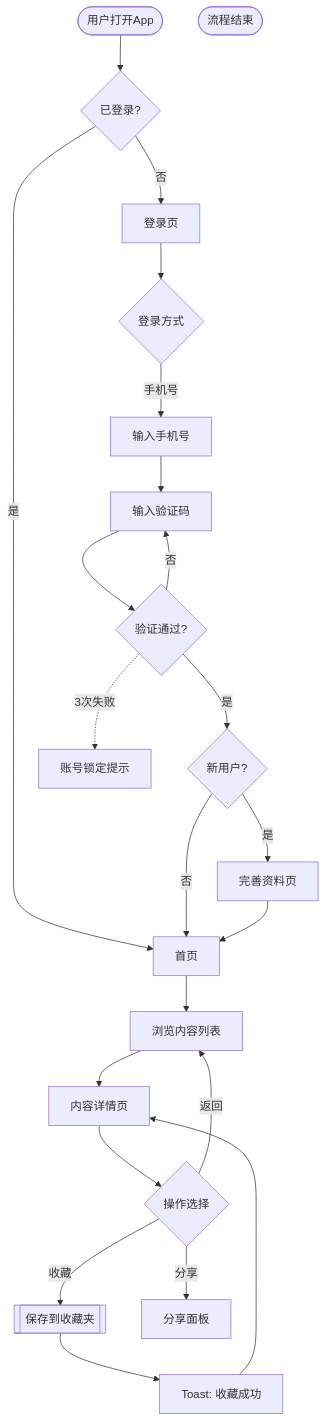
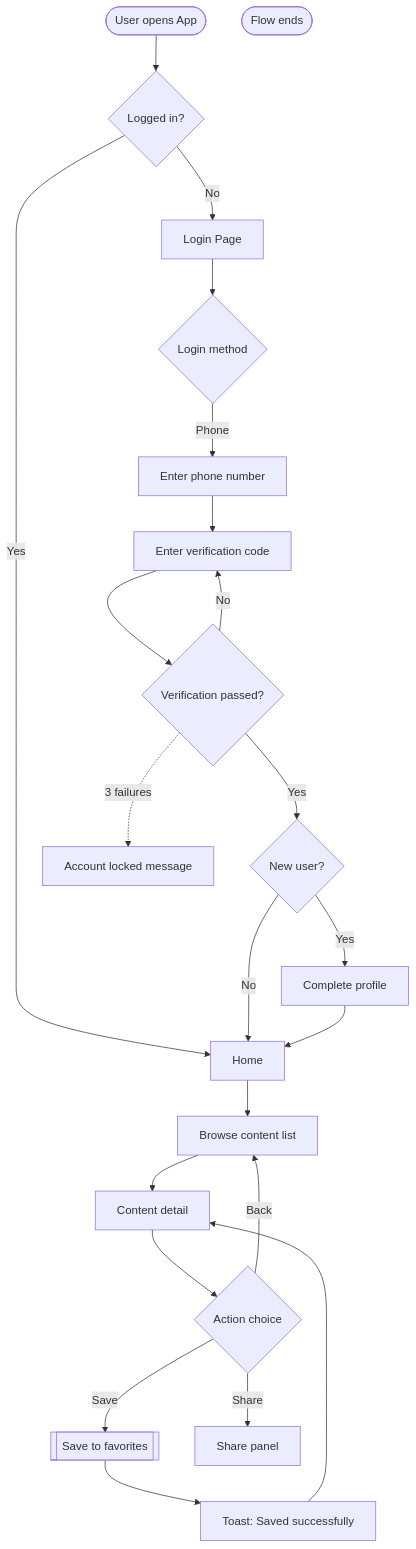
The diagram in skills/ixd-design/references/phase3-userflow.md (weiping/ixd-design-skill), drawn with Mermaid before and after one commit. The commit also changed other lines of this file and 14 other files, not shown here.

````diff
--- a/skills/ixd-design/references/phase3-userflow.md
+++ b/skills/ixd-design/references/phase3-userflow.md
@@ -49,30 +49,30 @@
 ```mermaid
 flowchart TD
-    Start([用户打开App]) --> A{已登录?}
-    A -->|是| B[首页]
-    A -->|否| C[登录页]
+    Start([User opens App]) --> A{Logged in?}
+    A -->|Yes| B[Home]
+    A -->|No| C[Login Page]
 
-    C --> D{登录方式}
-    D -->|手机号| E[输入手机号]
-    E --> F[输入验证码]
-    F --> G{验证通过?}
-    G -->|是| H{新用户?}
-    G -->|否| F
-    G -.->|3次失败| I[账号锁定提示]
+    C --> D{Login method}
+    D -->|Phone| E[Enter phone number]
+    E --> F[Enter verification code]
+    F --> G{Verification passed?}
+    G -->|Yes| H{New user?}
+    G -->|No| F
+    G -.->|3 failures| I[Account locked message]
 
-    H -->|是| J[完善资料页]
-    H -->|否| B
+    H -->|Yes| J[Complete profile]
+    H -->|No| B
     J --> B
 
-    B --> K[浏览内容列表]
-    K --> L[内容详情页]
-    L --> M{操作选择}
-    M -->|收藏| N[[保存到收藏夹]]
-    M -->|分享| O[分享面板]
-    M -->|返回| K
+    B --> K[Browse content list]
+    K --> L[Content detail]
+    L --> M{Action choice}
+    M -->|Save| N[[Save to favorites]]
+    M -->|Share| O[Share panel]
+    M -->|Back| K
 
-    N --> P[Toast: 收藏成功]
+    N --> P[Toast: Saved successfully]
     P --> L
 
-    End([流程结束])
+    End([Flow ends])
 ```
````
